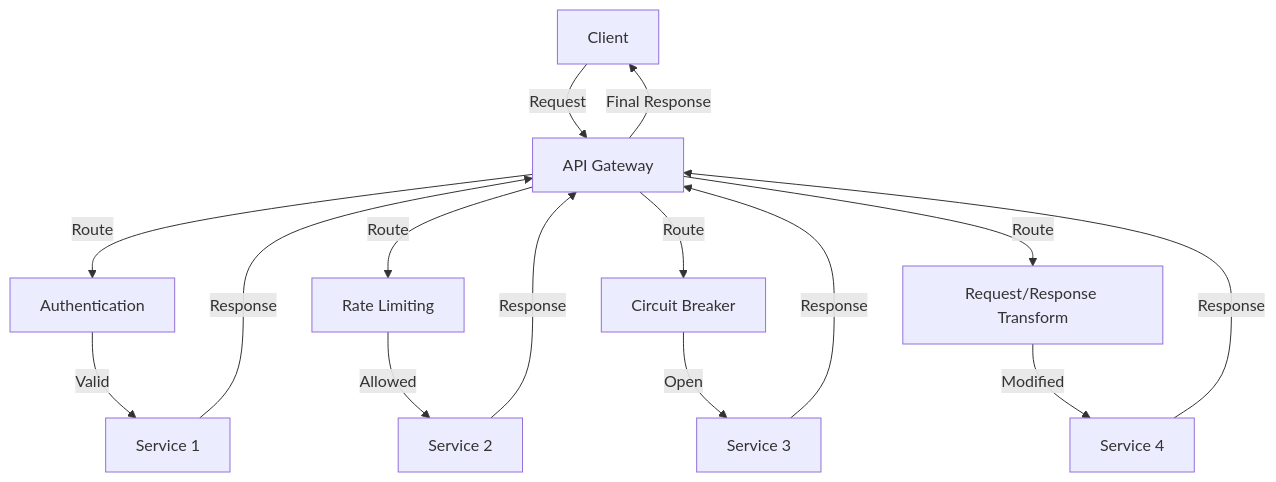
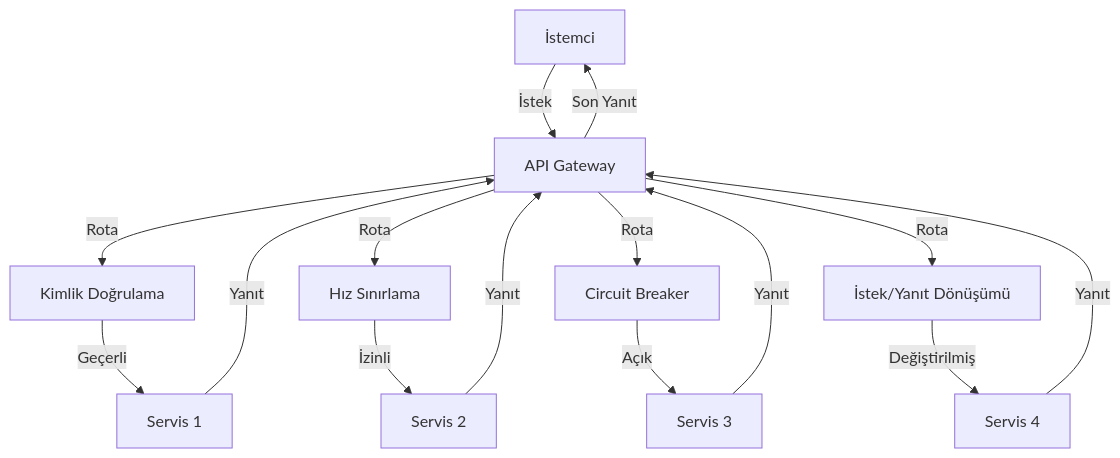
The fourth of 7 diagrams in backend/basics/request-response-model.md (endmr11/system_design), drawn with Mermaid before and after one commit. The commit also changed other lines of this file, not shown here.

````diff
--- a/backend/basics/request-response-model.md
+++ b/backend/basics/request-response-model.md
@@ -114,20 +114,20 @@
 ```mermaid
 graph TD
-    Client[Client] -->|Request| Gateway[API Gateway]
-    Gateway -->|Route| Auth[Authentication]
-    Gateway -->|Route| RateLimit[Rate Limiting]
-    Gateway -->|Route| CircuitBreaker[Circuit Breaker]
-    Gateway -->|Route| Transform[Request/Response Transform]
+    Client[İstemci] -->|İstek| Gateway[API Gateway]
+    Gateway -->|Rota| Auth[Kimlik Doğrulama]
+    Gateway -->|Rota| RateLimit[Hız Sınırlama]
+    Gateway -->|Rota| CircuitBreaker[Circuit Breaker]
+    Gateway -->|Rota| Transform[İstek/Yanıt Dönüşümü]
     
-    Auth -->|Valid| Service1[Service 1]
-    RateLimit -->|Allowed| Service2[Service 2]
-    CircuitBreaker -->|Open| Service3[Service 3]
-    Transform -->|Modified| Service4[Service 4]
+    Auth -->|Geçerli| Service1[Servis 1]
+    RateLimit -->|İzinli| Service2[Servis 2]
+    CircuitBreaker -->|Açık| Service3[Servis 3]
+    Transform -->|Değiştirilmiş| Service4[Servis 4]
     
-    Service1 -->|Response| Gateway
-    Service2 -->|Response| Gateway
-    Service3 -->|Response| Gateway
-    Service4 -->|Response| Gateway
+    Service1 -->|Yanıt| Gateway
+    Service2 -->|Yanıt| Gateway
+    Service3 -->|Yanıt| Gateway
+    Service4 -->|Yanıt| Gateway
     
-    Gateway -->|Final Response| Client
+    Gateway -->|Son Yanıt| Client
 ```
````
